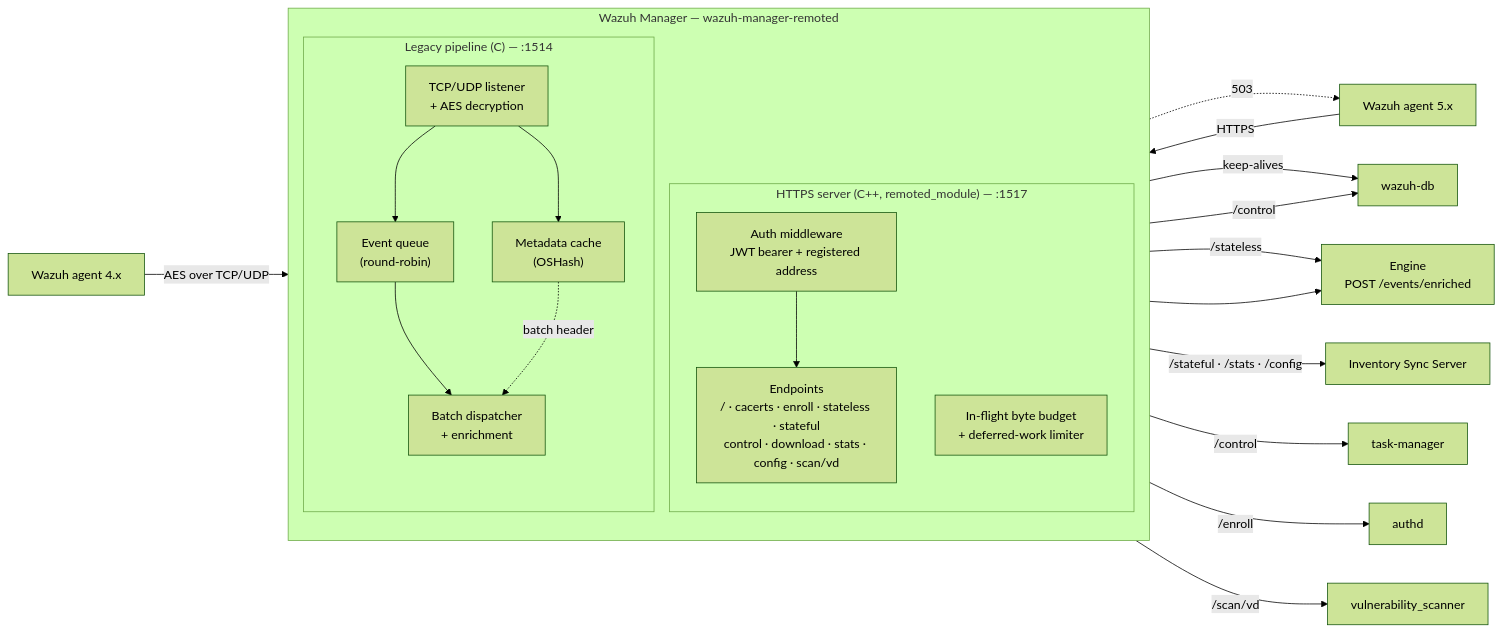
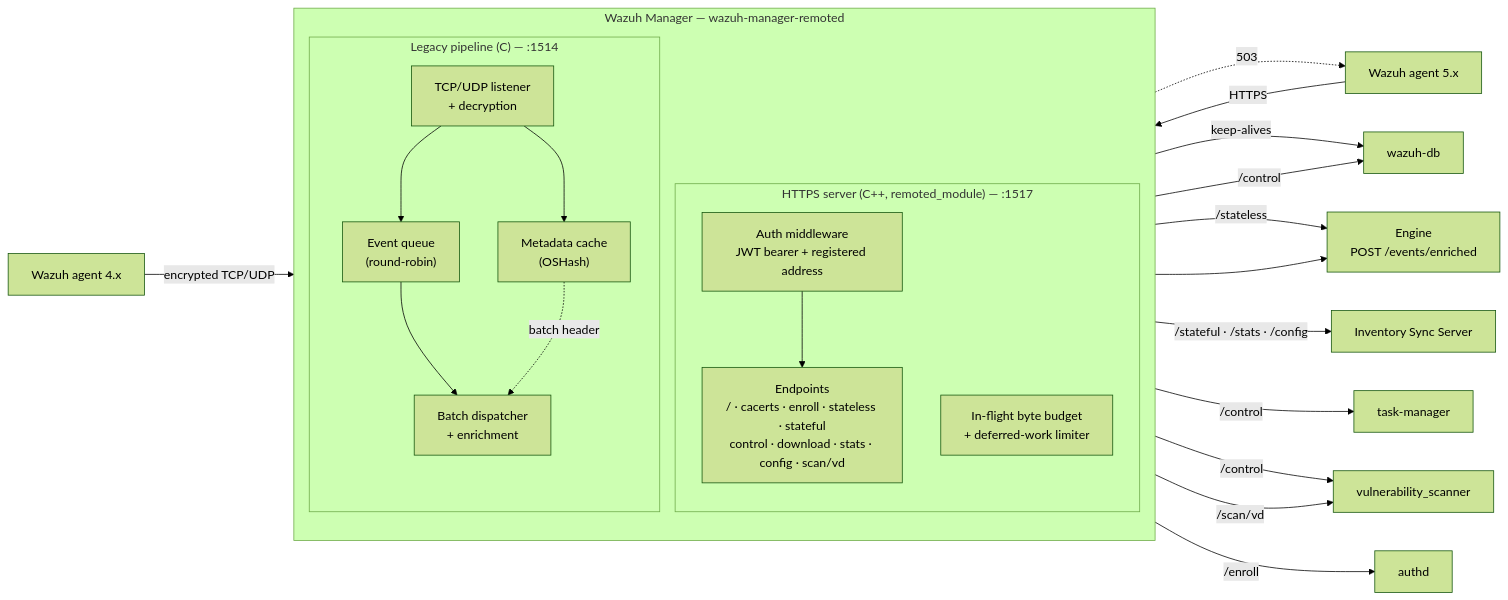
The diagram in docs/ref/modules/remoted/architecture.md (wazuh/wazuh), drawn with Mermaid (forest theme) before and after one commit. The commit also changed other lines of this file and 264 other files, not shown here.

````diff
--- a/docs/ref/modules/remoted/architecture.md
+++ b/docs/ref/modules/remoted/architecture.md
@@ -29,43 +29,44 @@
 ```mermaid
 flowchart LR
     A5["Wazuh agent 5.x"]
     A4["Wazuh agent 4.x"]
 
     subgraph MGR["Wazuh Manager — wazuh-manager-remoted"]
         direction TB
         subgraph HTTPS["HTTPS server (C++, remoted_module) — :1517"]
             AUTH["Auth middleware<br/>JWT bearer + registered address"]
             EP["Endpoints<br/>/ · cacerts · enroll · stateless · stateful<br/>control · download · stats · config · scan/vd"]
             BUD["In-flight byte budget<br/>+ deferred-work limiter"]
         end
         subgraph LEG["Legacy pipeline (C) — :1514"]
-            LIS["TCP/UDP listener<br/>+ AES decryption"]
+            LIS["TCP/UDP listener<br/>+ decryption"]
             META["Metadata cache<br/>(OSHash)"]
             EQ["Event queue<br/>(round-robin)"]
             DISP["Batch dispatcher<br/>+ enrichment"]
         end
     end
 
     ENG["Engine<br/>POST /events/enriched"]
     SYNC["Inventory Sync Server"]
     WDB["wazuh-db"]
     AUTHD["authd"]
     TASK["task-manager"]
     VD["vulnerability_scanner"]
 
     A5 -->|HTTPS| AUTH --> EP
     BUD -.->|503| A5
-    A4 -->|"AES over TCP/UDP"| LIS
+    A4 -->|"encrypted TCP/UDP"| LIS
     LIS --> META
     LIS -->|"keep-alives"| WDB
     LIS --> EQ --> DISP
     META -.->|"batch header"| DISP
 
     EP -->|"/stateless"| ENG
     EP -->|"/stateful · /stats · /config"| SYNC
     EP -->|"/control"| WDB
     EP -->|"/control"| TASK
+    EP -->|"/control"| VD
     EP -->|"/enroll"| AUTHD
     EP -->|"/scan/vd"| VD
     DISP --> ENG
 ```
````
